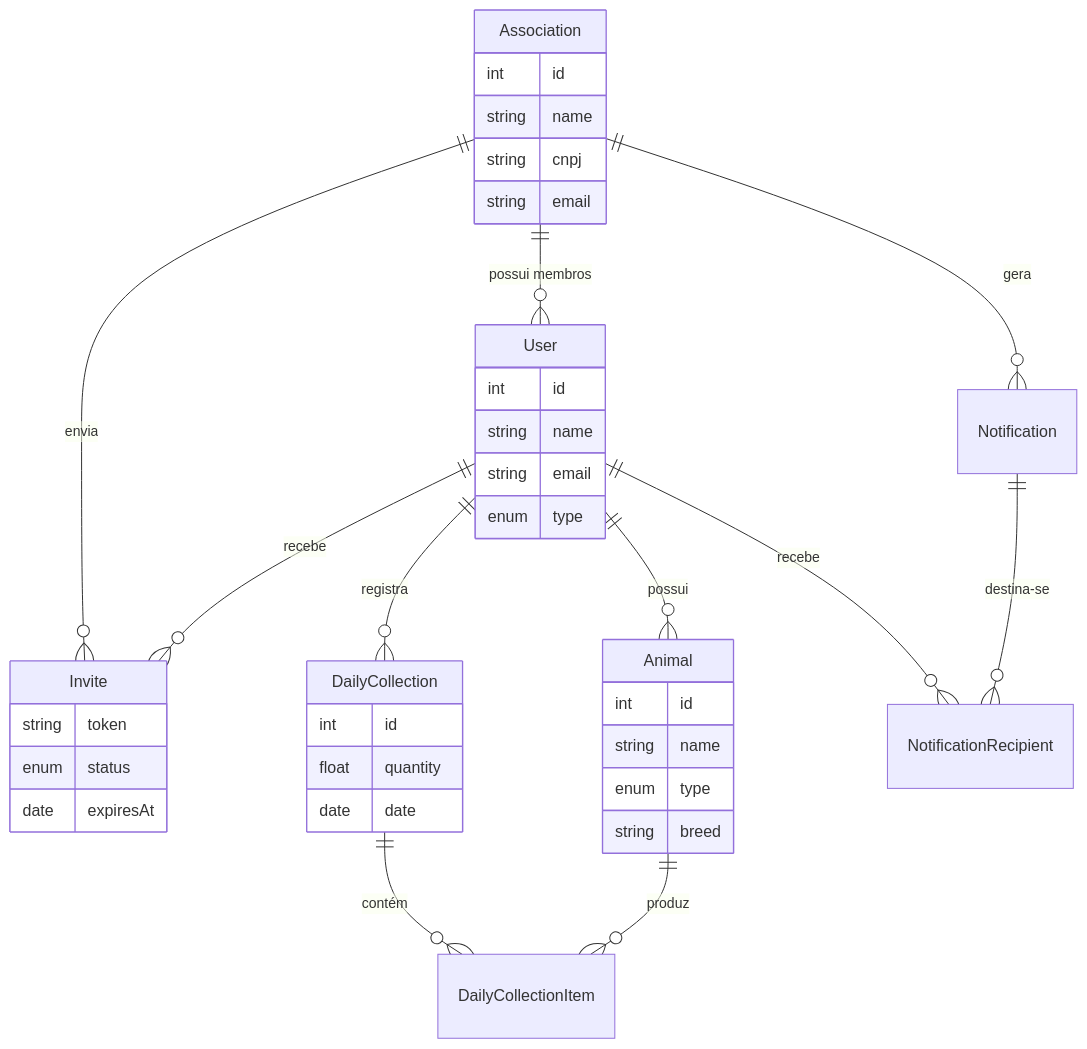
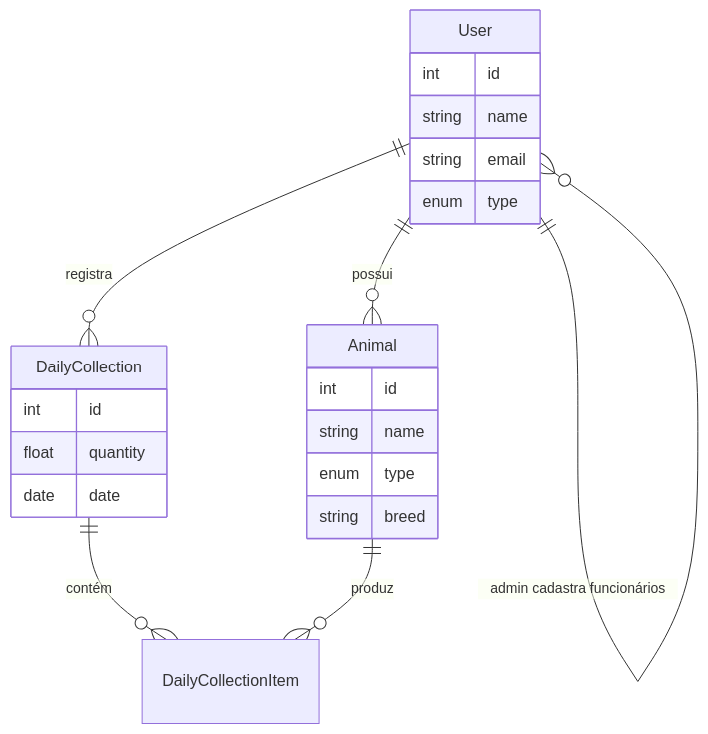
The second of 2 diagrams in backend/README.md (jardimdesoftware/qualeider), drawn with Mermaid before and after one commit. The commit also changed other lines of this file and 170 other files, not shown here.

````diff
--- a/backend/README.md
+++ b/backend/README.md
@@ -148,42 +145,26 @@
 ```mermaid
 erDiagram
-    Association ||--o{ User : "possui membros"
-    Association ||--o{ Invite : "envia"
-    Association ||--o{ Notification : "gera"
     User ||--o{ Animal : "possui"
     User ||--o{ DailyCollection : "registra"
-    User ||--o{ Invite : "recebe"
-    User ||--o{ NotificationRecipient : "recebe"
+    User ||--o{ User : "admin cadastra funcionários"
     DailyCollection ||--o{ DailyCollectionItem : "contém"
     Animal ||--o{ DailyCollectionItem : "produz"
-    Notification ||--o{ NotificationRecipient : "destina-se"
 
-    Association {
-        int id
-        string name
-        string cnpj
-        string email
-    }
     User {
         int id
         string name
         string email
         enum type
     }
     Animal {
         int id
         string name
         enum type
         string breed
     }
     DailyCollection {
         int id
         float quantity
         date date
     }
-    Invite {
-        string token
-        enum status
-        date expiresAt
-    }
 ```
````
